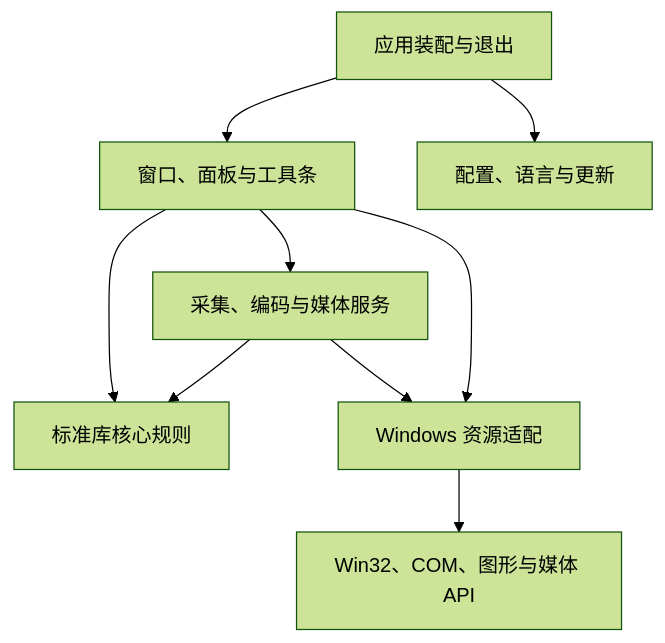
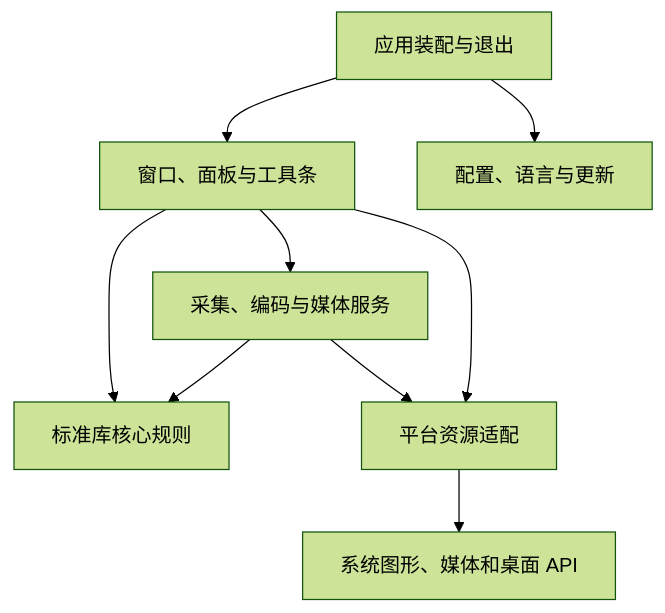
One commit to NAMEWTA/ScreenCapture-Plus changed the diagram in docs/architecture.md. Above: the diagram before and after it, drawn with Mermaid (forest theme). The commit also changed other lines of this file and 154 other files, not shown here.

````diff
--- a/docs/architecture.md
+++ b/docs/architecture.md
@@ -33,11 +29,11 @@
 ```mermaid
 flowchart TD
     A["应用装配与退出"] --> U["窗口、面板与工具条"]
     A --> S["配置、语言与更新"]
     U --> M["采集、编码与媒体服务"]
     U --> C["标准库核心规则"]
     M --> C
-    M --> P["Windows 资源适配"]
+    M --> P["平台资源适配"]
     U --> P
-    P --> W["Win32、COM、图形与媒体 API"]
+    P --> W["系统图形、媒体和桌面 API"]
 ```
````
